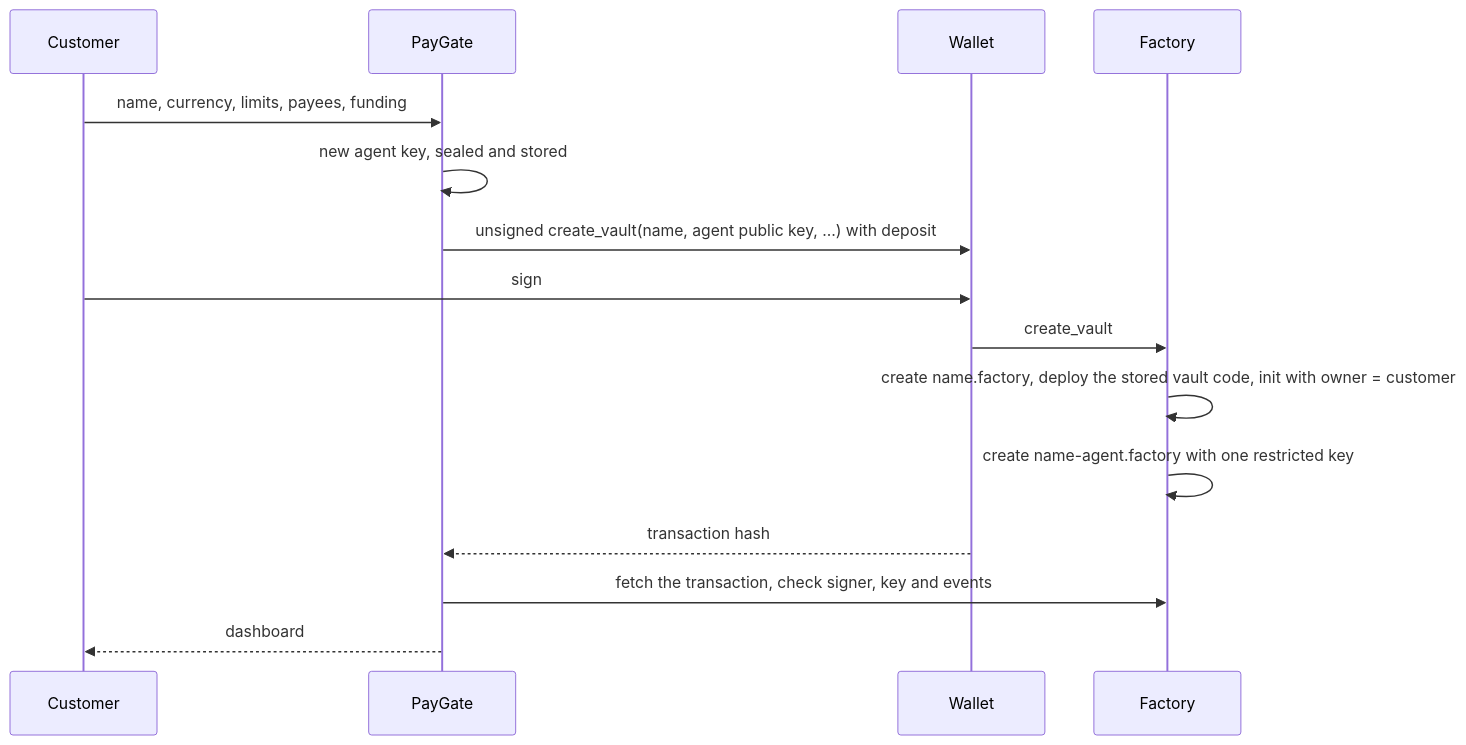
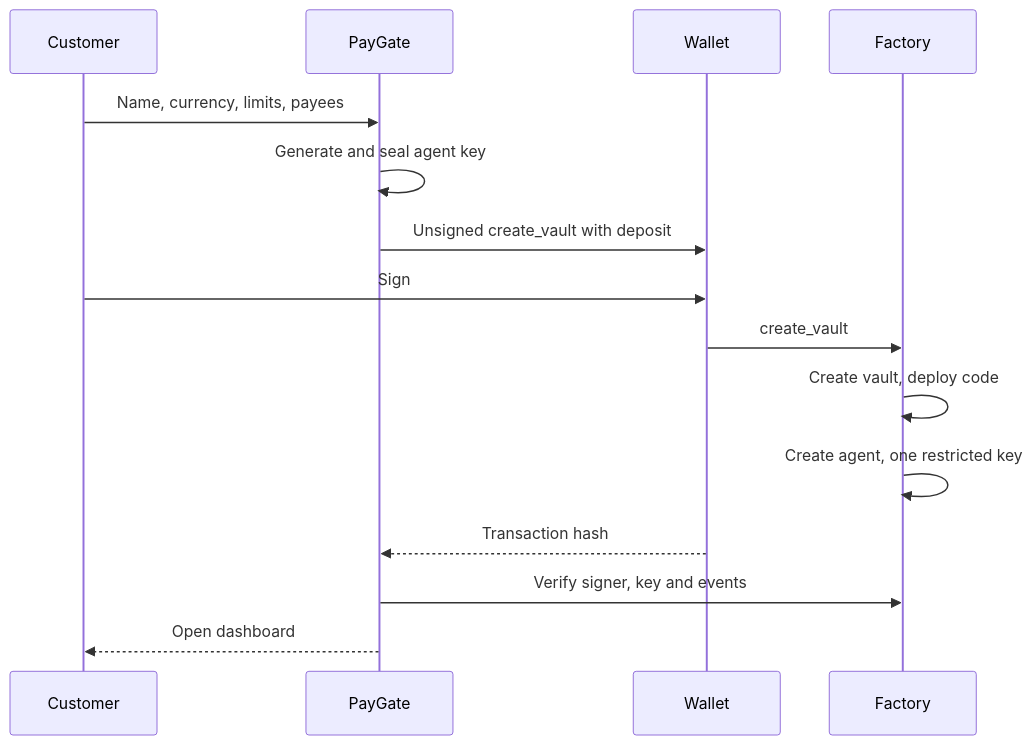
One commit to drained69/PayGate changed the third of 3 diagrams in README.md. Above: the diagram before and after it, drawn with Mermaid. The commit also changed other lines of this file and 27 other files, not shown here.

````diff
--- a/README.md
+++ b/README.md
@@ -209,17 +224,17 @@
 ```mermaid
 sequenceDiagram
   participant C as Customer
   participant P as PayGate
   participant W as Wallet
   participant F as Factory
-  C->>P: name, currency, limits, payees, funding
-  P->>P: new agent key, sealed and stored
-  P->>W: unsigned create_vault(name, agent public key, …) with deposit
-  C->>W: sign
+  C->>P: Name, currency, limits, payees
+  P->>P: Generate and seal agent key
+  P->>W: Unsigned create_vault with deposit
+  C->>W: Sign
   W->>F: create_vault
-  F->>F: create name.factory, deploy the stored vault code, init with owner = customer
-  F->>F: create name-agent.factory with one restricted key
-  W-->>P: transaction hash
-  P->>F: fetch the transaction, check signer, key and events
-  P-->>C: dashboard
+  F->>F: Create vault, deploy code
+  F->>F: Create agent, one restricted key
+  W-->>P: Transaction hash
+  P->>F: Verify signer, key and events
+  P-->>C: Open dashboard
 ```
````
